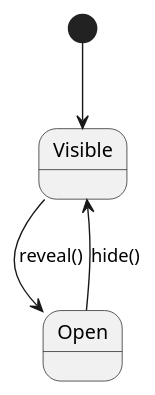
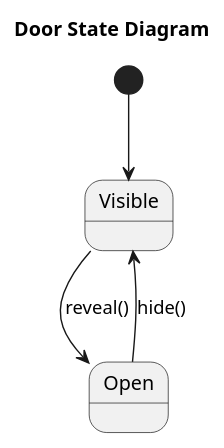
One commit to sn4k3ch4rm3r/logarlec changed the diagram in docs/diagrams/state/door-state.puml. Above: the diagram before and after it, drawn with PlantUML. The commit also changed 3 other files, not shown here.

Commit message:
Added missing titles and a Room state Diagram

```diff
--- a/docs/diagrams/state/door-state.puml
+++ b/docs/diagrams/state/door-state.puml
@@ -1,5 +1,7 @@
 @startuml door
+title Door State Diagram
+
 [*] --> Visible
 Visible --> Open : reveal()
 Open --> Visible : hide()
 @enduml
```
